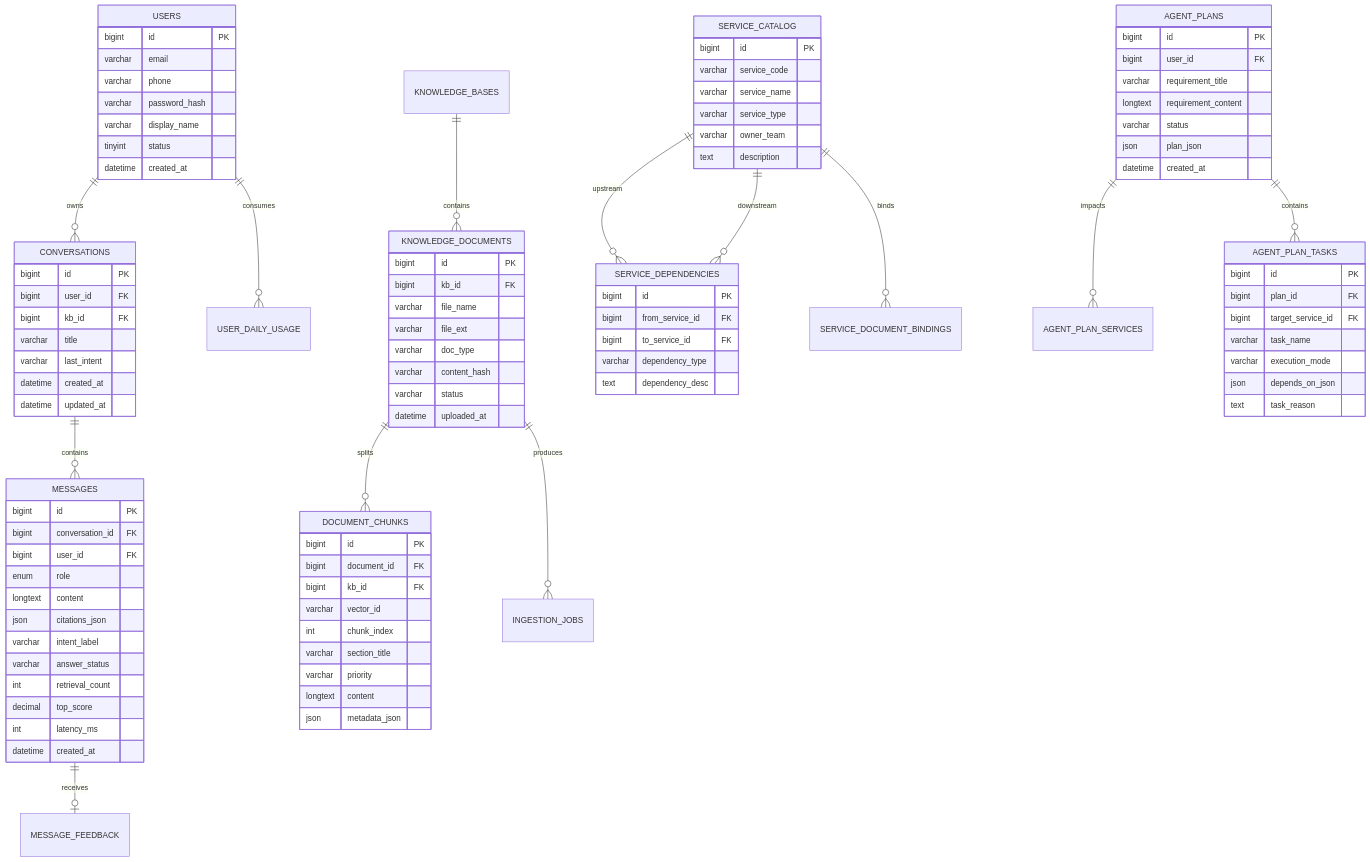
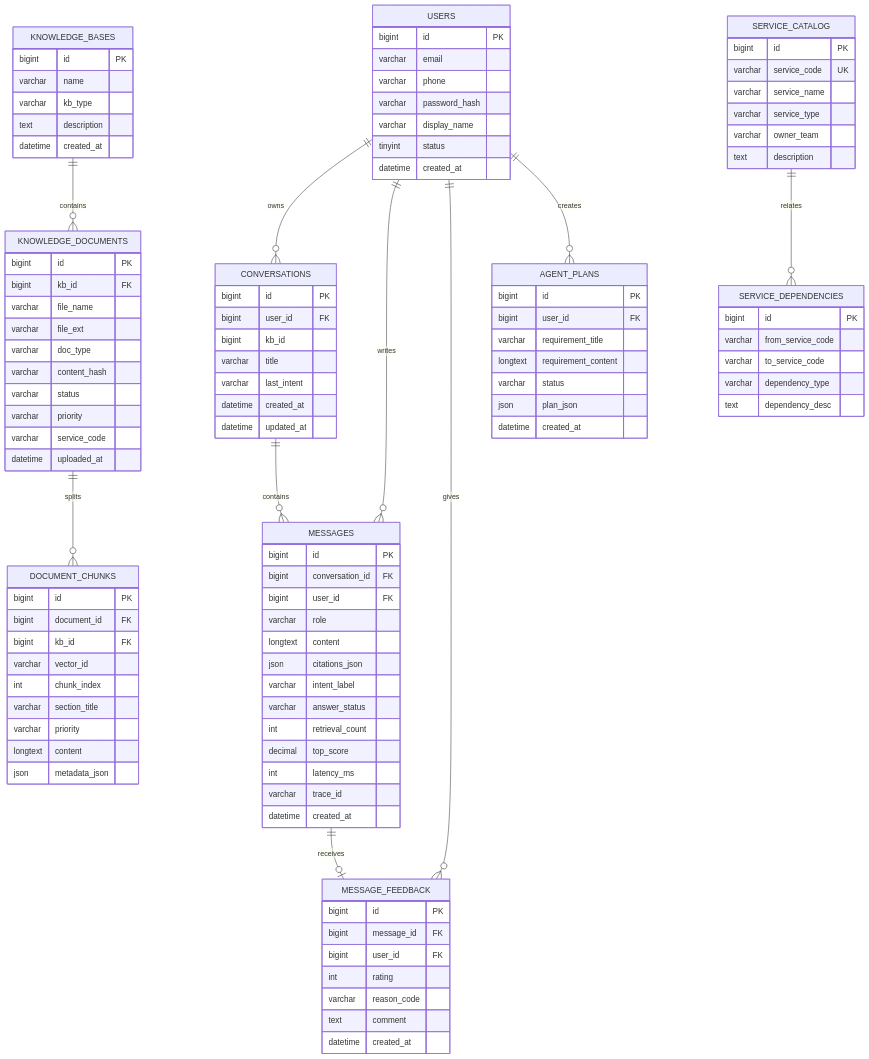
Before and after one commit to farhub-wq/AI-: the diagram in docs/数据库设计.md, drawn with Mermaid. The commit also changed other lines of this file and 5 other files, not shown here.

````diff
--- a/docs/数据库设计.md
+++ b/docs/数据库设计.md
@@ -17,19 +12,14 @@
 ```mermaid
 erDiagram
     USERS ||--o{ CONVERSATIONS : owns
-    USERS ||--o{ USER_DAILY_USAGE : consumes
+    USERS ||--o{ MESSAGES : writes
+    USERS ||--o{ MESSAGE_FEEDBACK : gives
+    USERS ||--o{ AGENT_PLANS : creates
     CONVERSATIONS ||--o{ MESSAGES : contains
     MESSAGES ||--o| MESSAGE_FEEDBACK : receives
-
     KNOWLEDGE_BASES ||--o{ KNOWLEDGE_DOCUMENTS : contains
     KNOWLEDGE_DOCUMENTS ||--o{ DOCUMENT_CHUNKS : splits
-    KNOWLEDGE_DOCUMENTS ||--o{ INGESTION_JOBS : produces
-
-    SERVICE_CATALOG ||--o{ SERVICE_DEPENDENCIES : upstream
-    SERVICE_CATALOG ||--o{ SERVICE_DEPENDENCIES : downstream
-    SERVICE_CATALOG ||--o{ SERVICE_DOCUMENT_BINDINGS : binds
-    AGENT_PLANS ||--o{ AGENT_PLAN_SERVICES : impacts
-    AGENT_PLANS ||--o{ AGENT_PLAN_TASKS : contains
+    SERVICE_CATALOG ||--o{ SERVICE_DEPENDENCIES : relates
 
     USERS {
         bigint id PK
@@ -44,7 +34,7 @@
     CONVERSATIONS {
         bigint id PK
         bigint user_id FK
-        bigint kb_id FK
+        bigint kb_id
         varchar title
         varchar last_intent
         datetime created_at
@@ -55,7 +45,7 @@
         bigint id PK
         bigint conversation_id FK
         bigint user_id FK
-        enum role
+        varchar role
         longtext content
         json citations_json
         varchar intent_label
@@ -63,6 +53,25 @@
         int retrieval_count
         decimal top_score
         int latency_ms
+        varchar trace_id
+        datetime created_at
+    }
+
+    MESSAGE_FEEDBACK {
+        bigint id PK
+        bigint message_id FK
+        bigint user_id FK
+        int rating
+        varchar reason_code
+        text comment
+        datetime created_at
+    }
+
+    KNOWLEDGE_BASES {
+        bigint id PK
+        varchar name
+        varchar kb_type
+        text description
         datetime created_at
     }
 
@@ -74,6 +83,8 @@
         varchar doc_type
         varchar content_hash
         varchar status
+        varchar priority
+        varchar service_code
         datetime uploaded_at
     }
 
@@ -91,7 +102,7 @@
 
     SERVICE_CATALOG {
         bigint id PK
-        varchar service_code
+        varchar service_code UK
         varchar service_name
         varchar service_type
         varchar owner_team
@@ -100,8 +111,8 @@
 
     SERVICE_DEPENDENCIES {
         bigint id PK
-        bigint from_service_id FK
-        bigint to_service_id FK
+        varchar from_service_code
+        varchar to_service_code
         varchar dependency_type
         text dependency_desc
     }
@@ -115,14 +126,4 @@
         json plan_json
         datetime created_at
     }
-
-    AGENT_PLAN_TASKS {
-        bigint id PK
-        bigint plan_id FK
-        bigint target_service_id FK
-        varchar task_name
-        varchar execution_mode
-        json depends_on_json
-        text task_reason
-    }
 ```
````
